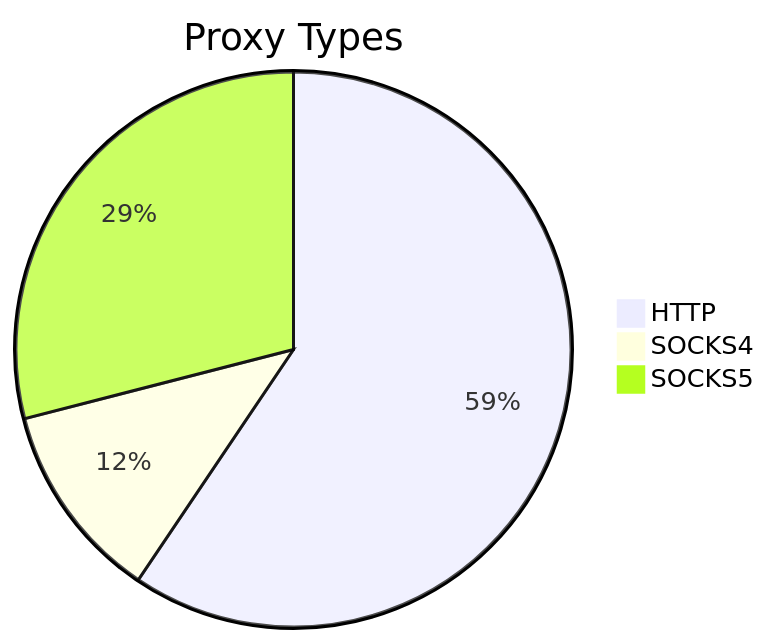
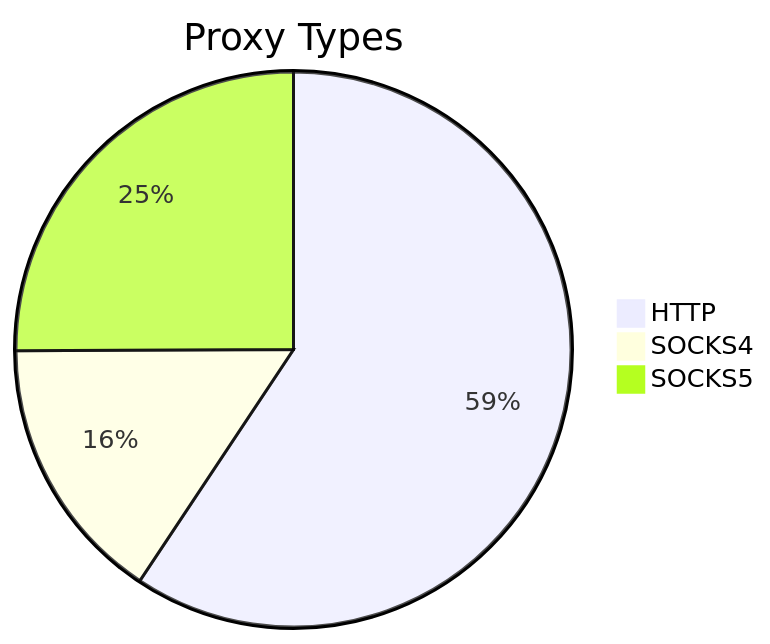
The first of 2 diagrams in README.md (stormsia/proxy-list), drawn with Mermaid before and after one commit. The commit also changed other lines of this file, not shown here.

````diff
--- a/README.md
+++ b/README.md
@@ -21,6 +21,6 @@
 ```mermaid
 pie title Proxy Types
-    "HTTP" : 252
-    "SOCKS4" : 49
-    "SOCKS5" : 123
+    "HTTP" : 426
+    "SOCKS4" : 112
+    "SOCKS5" : 180
 ```
````
